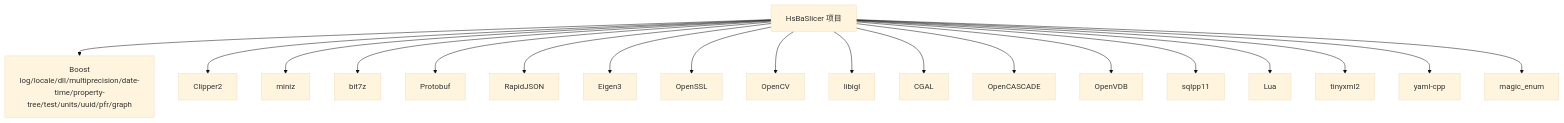
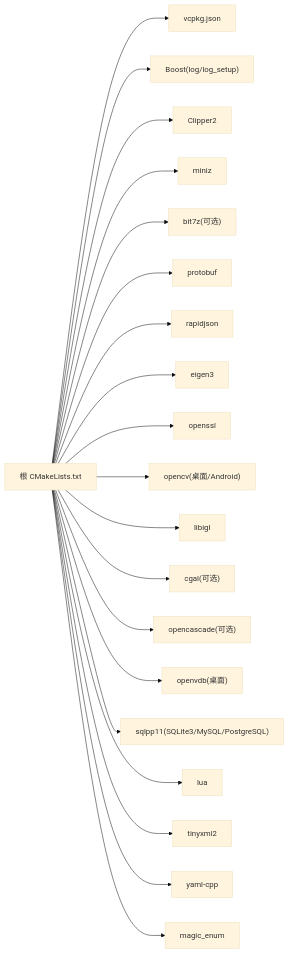
Before and after one commit to hsmbanlance/HsBaSlicer: the seventh of 8 diagrams in .qoder/repowiki/zh/content/架构总览.md, drawn with Mermaid (base theme). The commit also changed other lines of this file and 1095 other files, not shown here.

````diff
--- a/.qoder/repowiki/zh/content/架构总览.md
+++ b/.qoder/repowiki/zh/content/架构总览.md
@@ -368,21 +256,22 @@
 ```mermaid
-graph TB
-Project["HsBaSlicer 项目"] --> Boost["Boost<br/>log/locale/dll/multiprecision/date-time/property-tree/test/units/uuid/pfr/graph"]
-Project --> Clipper2["Clipper2"]
-Project --> Miniz["miniz"]
-Project --> Bit7z["bit7z"]
-Project --> Proto["Protobuf"]
-Project --> RapidJSON["RapidJSON"]
-Project --> Eigen["Eigen3"]
-Project --> OpenSSL["OpenSSL"]
-Project --> OpenCV["OpenCV"]
-Project --> IGL["libigl"]
-Project --> CGAL["CGAL"]
-Project --> OCCT["OpenCASCADE"]
-Project --> VDB["OpenVDB"]
-Project --> SQLPP["sqlpp11"]
-Project --> Lua["Lua"]
-Project --> TinyXML["tinyxml2"]
-Project --> YAML["yaml-cpp"]
-Project --> Enum["magic_enum"]
+graph LR
+Root["根 CMakeLists.txt"] --> VCPKG["vcpkg.json"]
+Root --> Boost["Boost(log/log_setup)"]
+Root --> Clipper2["Clipper2"]
+Root --> Miniz["miniz"]
+Root --> Bit7Z["bit7z(可选)"]
+Root --> Protobuf["protobuf"]
+Root --> RapidJSON["rapidjson"]
+Root --> Eigen3["eigen3"]
+Root --> OpenSSL["openssl"]
+Root --> OpenCV["opencv(桌面/Android)"]
+Root --> libigl["libigl"]
+Root --> CGAL["cgal(可选)"]
+Root --> OpenCASCADE["opencascade(可选)"]
+Root --> OpenVDB["openvdb(桌面)"]
+Root --> Sqlpp11["sqlpp11(SQLite3/MySQL/PostgreSQL)"]
+Root --> Lua["lua"]
+Root --> TinyXML2["tinyxml2"]
+Root --> YAML["yaml-cpp"]
+Root --> MagicEnum["magic_enum"]
 ```
````
